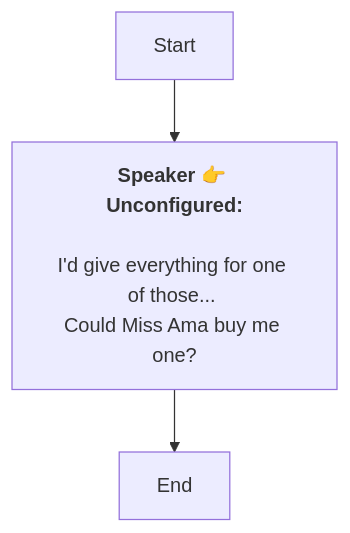
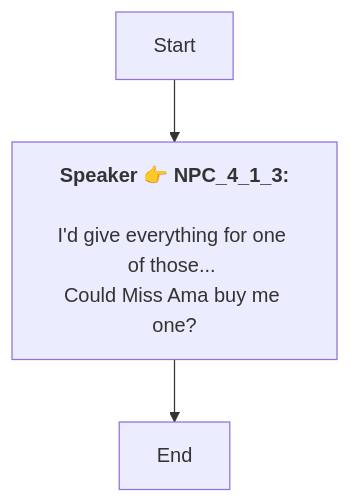
One commit to SoftHu/tos_avg changed the diagram in En/Dialog_54729916767396.md. Above: the diagram before and after it, drawn with Mermaid. The commit also changed 737 other files, not shown here.

````diff
--- a/En/Dialog_54729916767396.md
+++ b/En/Dialog_54729916767396.md
@@ -1,9 +1,8 @@
 ```mermaid
 graph
-Start -->1751357408080441[<b>Speaker 👉 Unconfigured:</b>
-
-I'd give everything for one of those... 
+Start -->1751357408080441[<b>Speaker 👉 NPC_4_1_3:</b>
+\nI'd give everything for one of those... 
 Could Miss Ama buy me one?]
 1751357408080441 -->1751357409769018[End]
 
- ```
+```
````
